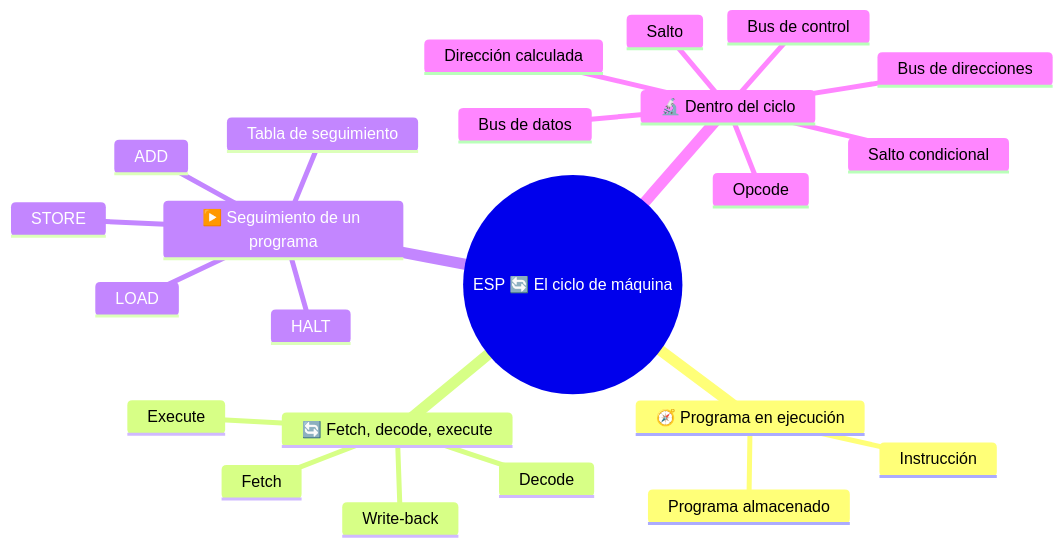
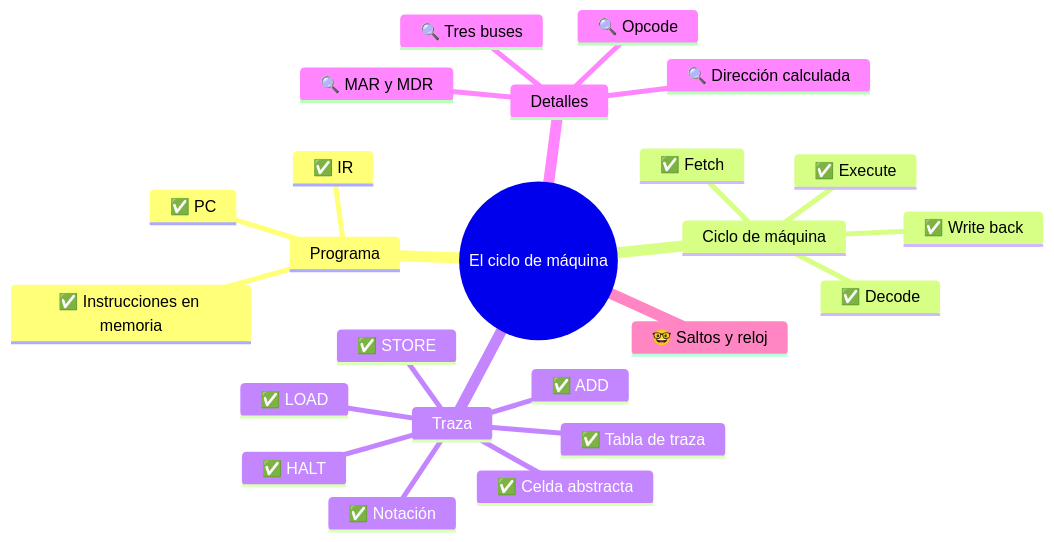
Before and after one commit to Neeqstock/dispense-caramuel: the diagram in 3EI - Sistemi e Reti/1 SETT-OTT (esp)/Allegati/esp-3ei-sett-ott-s4-el-ciclo-de-maquina-mappa-1.mmd, drawn with Mermaid. The commit also changed 26 other files, not shown here.

```diff
--- a/3EI - Sistemi e Reti/1 SETT-OTT (esp)/Allegati/esp-3ei-sett-ott-s4-el-ciclo-de-maquina-mappa-1.mmd
+++ b/3EI - Sistemi e Reti/1 SETT-OTT (esp)/Allegati/esp-3ei-sett-ott-s4-el-ciclo-de-maquina-mappa-1.mmd
@@ -1,28 +1,25 @@
----
-config:
-  layout: tidy-tree
----
 mindmap
-  root((ESP 🔄 El ciclo de máquina))
-    🧭 Programa en ejecución
-      Programa almacenado
-      Instrucción
-    🔄 Fetch, decode, execute
-      Fetch
-      Decode
-      Execute
-      Write-back
-    ▶️ Seguimiento de un programa
-      LOAD
-      ADD
-      STORE
-      HALT
-      Tabla de seguimiento
-    🔬 Dentro del ciclo
-      Opcode
-      Bus de direcciones
-      Bus de datos
-      Bus de control
-      Dirección calculada
-      Salto
-      Salto condicional
+  root((El ciclo de máquina))
+    Programa
+      ✅ Instrucciones en memoria
+      ✅ PC
+      ✅ IR
+    Ciclo de máquina
+      ✅ Fetch
+      ✅ Decode
+      ✅ Execute
+      ✅ Write back
+    Traza
+      ✅ Celda abstracta
+      ✅ Notación
+      ✅ LOAD
+      ✅ ADD
+      ✅ STORE
+      ✅ HALT
+      ✅ Tabla de traza
+    Detalles
+      🔍 MAR y MDR
+      🔍 Opcode
+      🔍 Tres buses
+      🔍 Dirección calculada
+    🤓 Saltos y reloj
```
